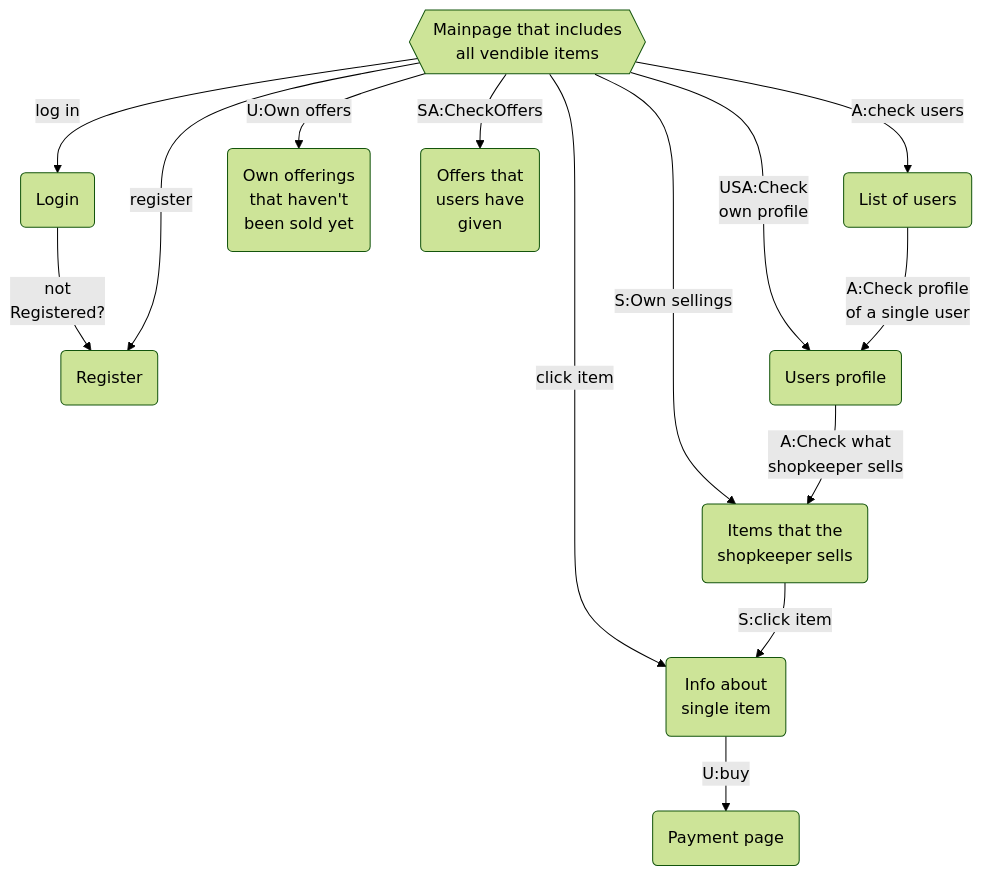
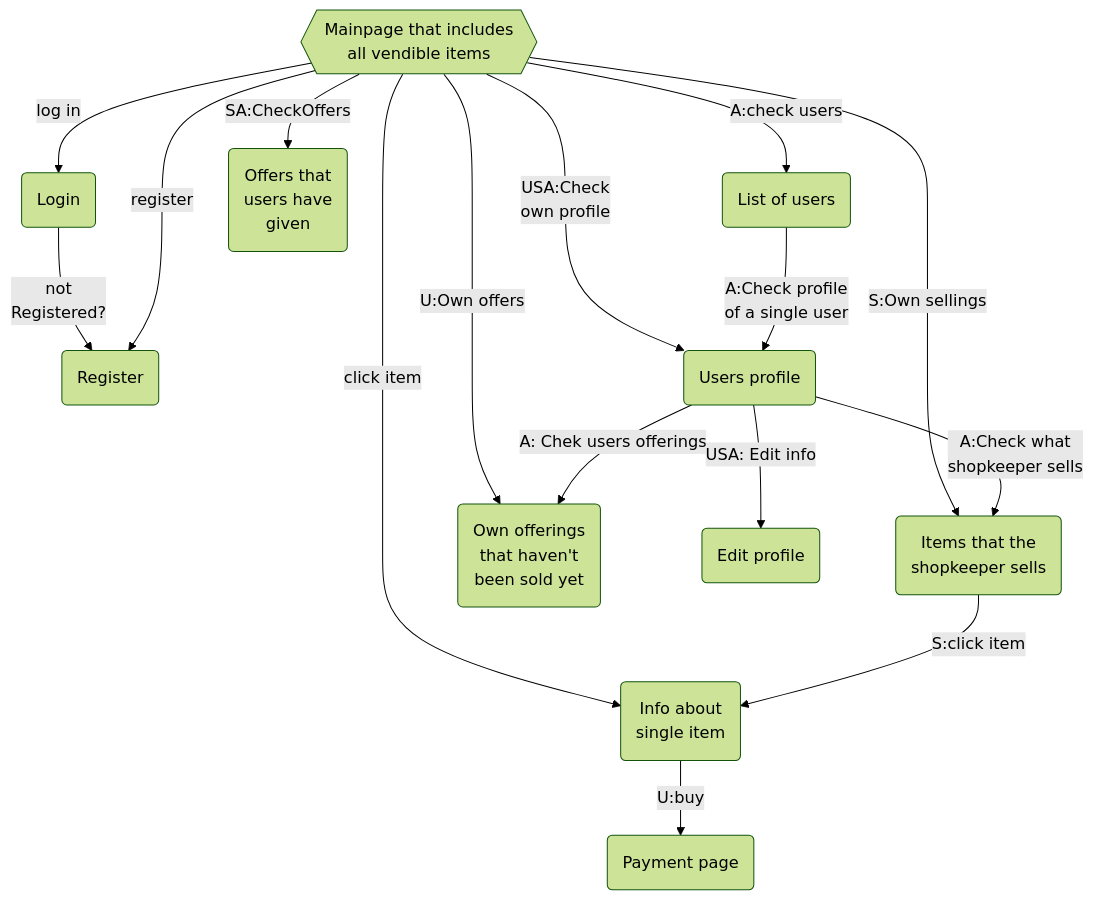
Before and after one commit to timotuulio/secondhandWebstore: the diagram in README.md, drawn with Mermaid (forest theme).

Commit message:
Update Pages and navigation

````diff
--- a/README.md
+++ b/README.md
@@ -20,20 +20,23 @@
 ``` mermaid
 graph TD
   Log(Login) --> |not<br/> Registered?| Reg
   Reg(Register)
 	MP{{Mainpage that includes <br/>all vendible items}} --> |log in| Log
   MP --> |register| Reg
   MP --> |USA:Check <br/>own profile| Prof
   MP --> |A:check users| LU
   MP --> |S:Own sellings|OwnSells
   MP --> |U:Own offers|OwnOff
   MP --> |SA:CheckOffers|Offers
   MP --> |click item| Item
   LU(List of users) --> |A:Check profile<br/>of a single user| Prof
   Prof(Users profile) --> |A:Check what <br/>shopkeeper sells|OwnSells
+  Prof --> |A: Chek users offerings|OwnOff
+  Prof --> |USA: Edit info| Edit(Edit profile)
   OwnOff(Own offerings <br/>that haven't<br/> been sold yet)
   OwnSells(Items that the <br/>shopkeeper sells) --> |S:click item|Item
   Item(Info about<br/>single item) --> |U:buy|Buy
   Buy(Payment page)
   Offers(Offers that <br/>users have<br/> given)
+
 ```
````
